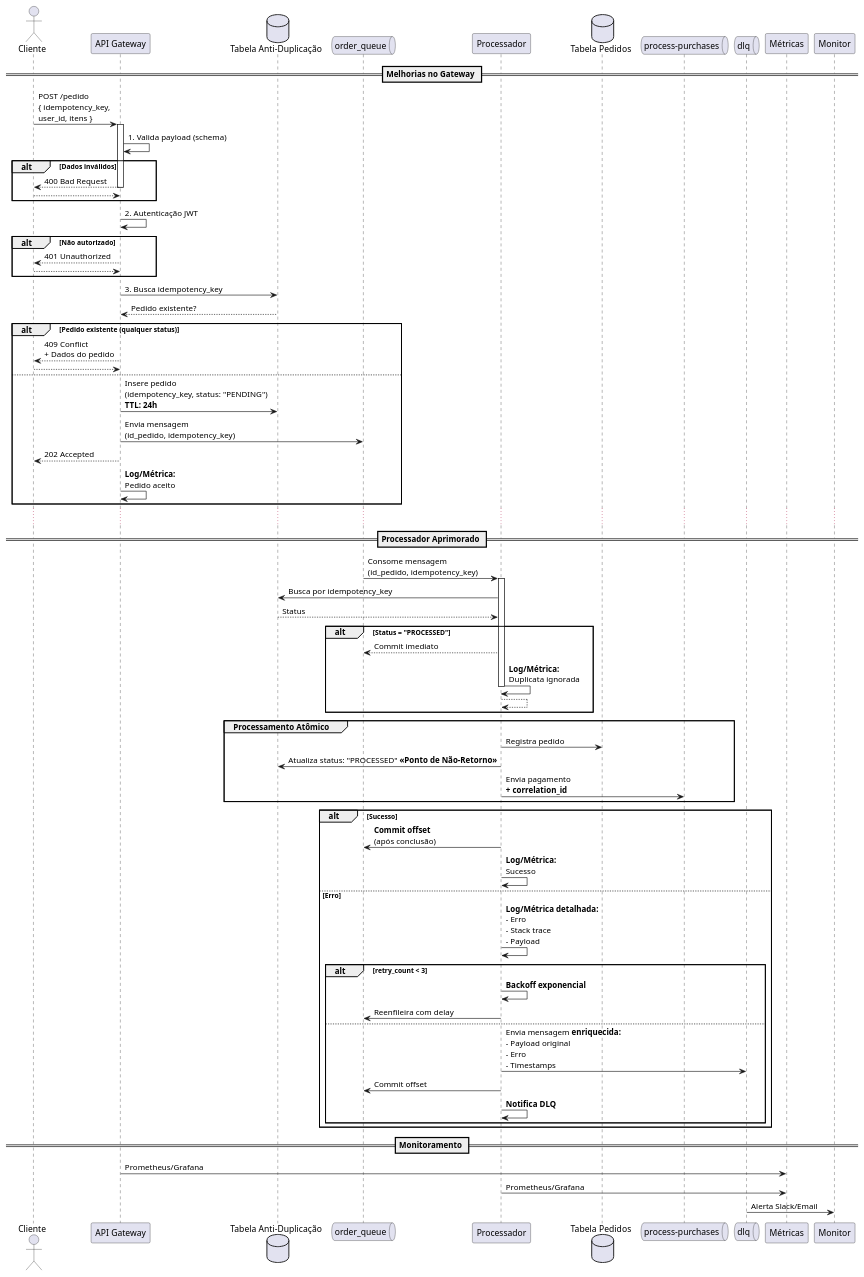
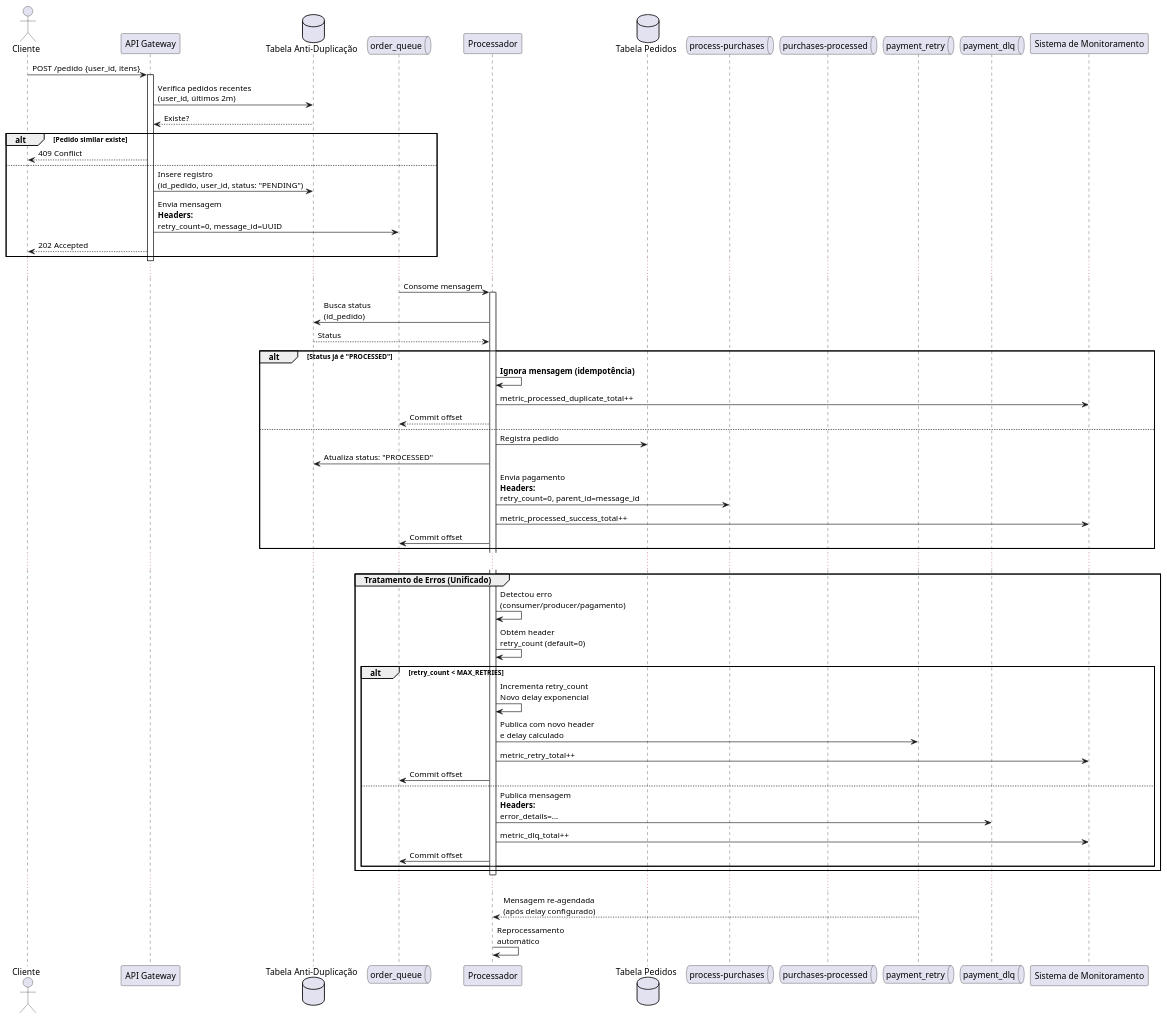
Before and after one commit to Thales-Eduardo/gateway-pagament: the diagram in process-purchases/docs/uml.plantuml, drawn with PlantUML. The commit also changed 6 other files, not shown here.

Commit message:
adicionando producerPaymentRetry.

```diff
--- a/process-purchases/docs/uml.plantuml
+++ b/process-purchases/docs/uml.plantuml
@@ -1,93 +1,75 @@
-@startuml enhanced_process_purchases_flow_v2
+@startuml payment_gateway_flow
 
 actor Cliente
 participant "API Gateway" as Gateway
 database "Tabela Anti-Duplicação" as AntiDup
 queue "order_queue" as OrderQueue
 participant "Processador" as Processor
 database "Tabela Pedidos" as Orders
 queue "process-purchases" as ProcessPurchases
-queue "dlq" as DLQ
+queue "purchases-processed" as PurchasesProcessed
+queue "payment_retry" as PaymentRetry
+queue "payment_dlq" as PaymentDLQ
+participant "Sistema de Monitoramento" as Monitoring
 
-== Melhorias no Gateway ==
-
-Cliente -> Gateway: POST /pedido\n{ idempotency_key,\nuser_id, itens }
+Cliente -> Gateway: POST /pedido {user_id, itens}
 activate Gateway
 
-Gateway -> Gateway: 1. Valida payload (schema)
-alt Dados inválidos
-    Gateway --> Cliente: 400 Bad Request
-    deactivate Gateway
-    return
-end
+Gateway -> AntiDup: Verifica pedidos recentes\n(user_id, últimos 2m)
+AntiDup --> Gateway: Existe? 
 
-Gateway -> Gateway: 2. Autenticação JWT
-alt Não autorizado
-    Gateway --> Cliente: 401 Unauthorized
-    deactivate Gateway
-    return
-end
-
-Gateway -> AntiDup: 3. Busca idempotency_key
-AntiDup --> Gateway: Pedido existente?
-
-alt Pedido existente (qualquer status)
-    Gateway --> Cliente: 409 Conflict\n+ Dados do pedido
-    deactivate Gateway
-    return
+alt Pedido similar existe
+    Gateway --> Cliente: 409 Conflict
 else 
-    Gateway -> AntiDup: Insere pedido\n(idempotency_key, status: "PENDING")\n**TTL: 24h**
-    Gateway -> OrderQueue: Envia mensagem\n(id_pedido, idempotency_key)
+    Gateway -> AntiDup: Insere registro\n(id_pedido, user_id, status: "PENDING")
+    Gateway -> OrderQueue: Envia mensagem\n**Headers:**\nretry_count=0, message_id=UUID
     Gateway --> Cliente: 202 Accepted
-    Gateway -> Gateway: **Log/Métrica:**\nPedido aceito
 end
 
 deactivate Gateway
 
 ...
 
-== Processador Aprimorado ==
-
-OrderQueue -> Processor: Consome mensagem\n(id_pedido, idempotency_key)
+OrderQueue -> Processor: Consome mensagem
 activate Processor
 
-Processor -> AntiDup: Busca por idempotency_key
+Processor -> AntiDup: Busca status\n(id_pedido)
 AntiDup --> Processor: Status
 
-alt Status = "PROCESSED"
-    Processor --> OrderQueue: Commit imediato
-    Processor -> Processor: **Log/Métrica:**\nDuplicata ignorada
-    deactivate Processor
-    return
+alt Status já é "PROCESSED"
+    Processor -> Processor: **Ignora mensagem (idempotência)**
+    Processor -> Monitoring: metric_processed_duplicate_total++
+    Processor --> OrderQueue: Commit offset
+else
+    Processor -> Orders: Registra pedido
+    Processor -> AntiDup: Atualiza status: "PROCESSED"
+    Processor -> ProcessPurchases: Envia pagamento\n**Headers:**\nretry_count=0, parent_id=message_id
+    Processor -> Monitoring: metric_processed_success_total++
+    Processor -> OrderQueue: Commit offset
 end
 
-group Processamento Atômico
-    Processor -> Orders: Registra pedido
-    Processor -> AntiDup: Atualiza status: "PROCESSED" **<<Ponto de Não-Retorno>>**
-    Processor -> ProcessPurchases: Envia pagamento\n**+ correlation_id**
-end
+...
 
-alt Sucesso
-    Processor -> OrderQueue: **Commit offset**\n(após conclusão)
-    Processor -> Processor: **Log/Métrica:**\nSucesso
-else Erro
-    Processor -> Processor: **Log/Métrica detalhada:**\n- Erro\n- Stack trace\n- Payload
-    alt retry_count < 3
-        Processor -> Processor: **Backoff exponencial**
-        Processor -> OrderQueue: Reenfileira com delay
+group Tratamento de Erros (Unificado)
+    Processor -> Processor: Detectou erro\n(consumer/producer/pagamento)
+    Processor -> Processor: Obtém header\nretry_count (default=0)
+    alt retry_count < MAX_RETRIES
+        Processor -> Processor: Incrementa retry_count\nNovo delay exponencial
+        Processor -> PaymentRetry: Publica com novo header\ne delay calculado
+        Processor -> Monitoring: metric_retry_total++
+        Processor -> OrderQueue: Commit offset
     else
-        Processor -> DLQ: Envia mensagem **enriquecida:**\n- Payload original\n- Erro\n- Timestamps
+        Processor -> PaymentDLQ: Publica mensagem\n**Headers:**\nerror_details=...
+        Processor -> Monitoring: metric_dlq_total++
         Processor -> OrderQueue: Commit offset
-        Processor -> Processor: **Notifica DLQ**
     end
 end
 
 deactivate Processor
 
-== Monitoramento ==
+...
 
-Gateway -> Métricas: Prometheus/Grafana
-Processor -> Métricas: Prometheus/Grafana
-DLQ -> Monitor: Alerta Slack/Email
+PaymentRetry --> Processor: Mensagem re-agendada\n(após delay configurado)
+Processor -> Processor: Reprocessamento\nautomático
 
 @enduml
```
